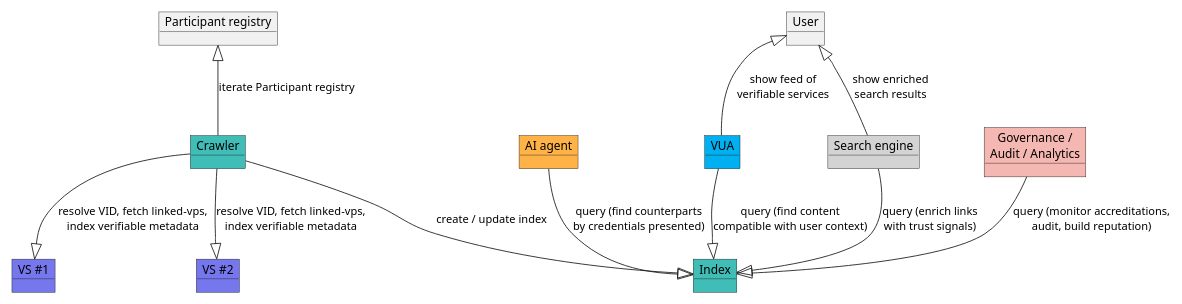
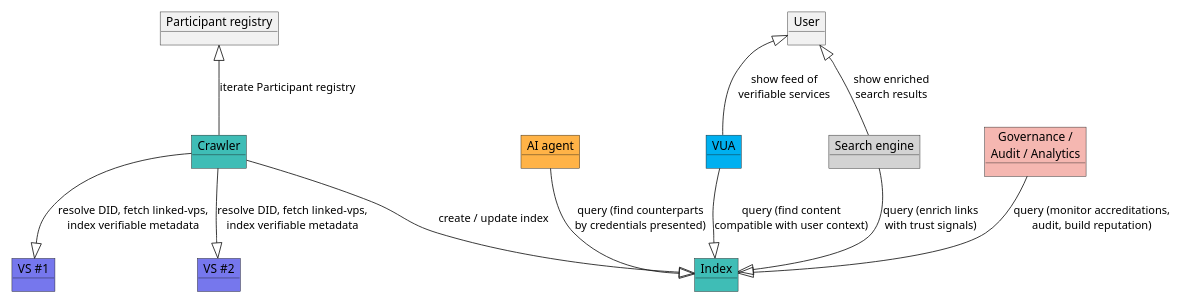
The sixth of 21 diagrams in spec.md (verana-labs/verifiable-trust-vpr-spec), drawn with PlantUML before and after one commit. The commit also changed other lines of this file, not shown here.

First line of the commit message:
revert(spec): drop the DID→VID rename, back to DID-only

````diff
--- a/spec.md
+++ b/spec.md
@@ -614,34 +611,34 @@
 ```plantuml
 
 @startuml
 scale max 1000 width
 
 object "Participant registry" as didd
 object "Crawler" as crawler #3fbdb6
 object "Index" as index #3fbdb6
 
 object "VS #1" as dts1 #7677ed
 object "VS #2" as dts2 #7677ed
 
 object "AI agent" as aiagent #ffb347
 object "VUA" as browser #00b0f0
 object "Search engine" as search #d3d3d3
 object "Governance /\nAudit / Analytics" as gov #f5b7b1
 
 object "User" as user
 
 didd <|-- crawler : iterate Participant registry
-crawler --|> dts1 : resolve VID, fetch linked-vps,\nindex verifiable metadata
-crawler --|> dts2 : resolve VID, fetch linked-vps,\nindex verifiable metadata
+crawler --|> dts1 : resolve DID, fetch linked-vps,\nindex verifiable metadata
+crawler --|> dts2 : resolve DID, fetch linked-vps,\nindex verifiable metadata
 crawler --|> index : create / update index
 
 aiagent --|> index : query (find counterparts\nby credentials presented)
 browser --|> index : query (find content\ncompatible with user context)
 search --|> index : query (enrich links\nwith trust signals)
 gov --|> index : query (monitor accreditations,\naudit, build reputation)
 
 user <|-- browser : show feed of\nverifiable services
 user <|-- search : show enriched\nsearch results
 @enduml
 
 ```
````
